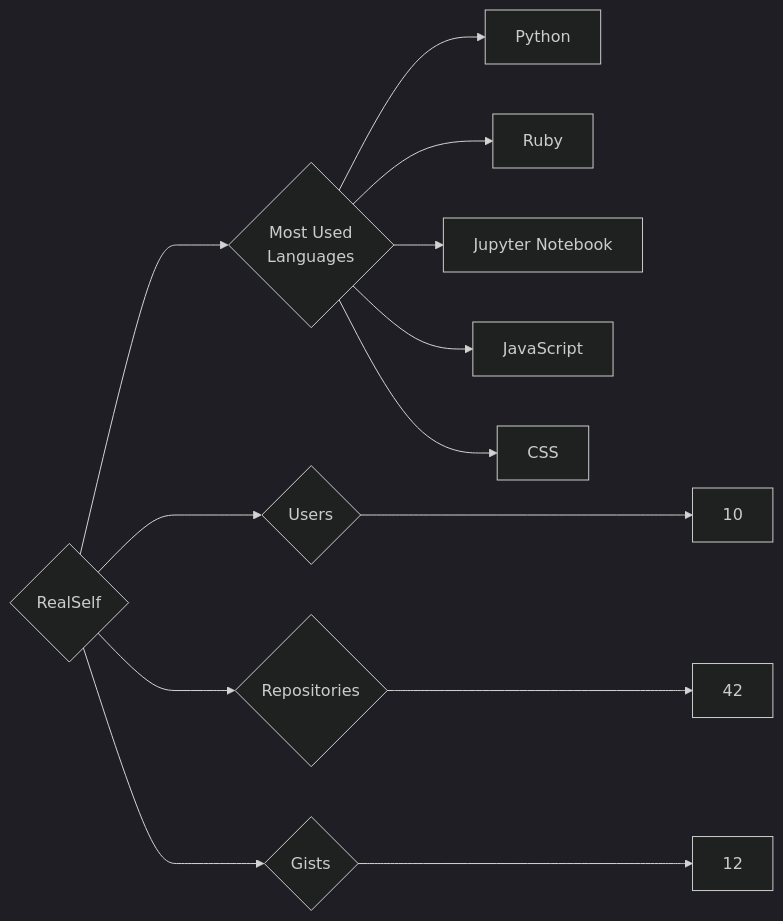
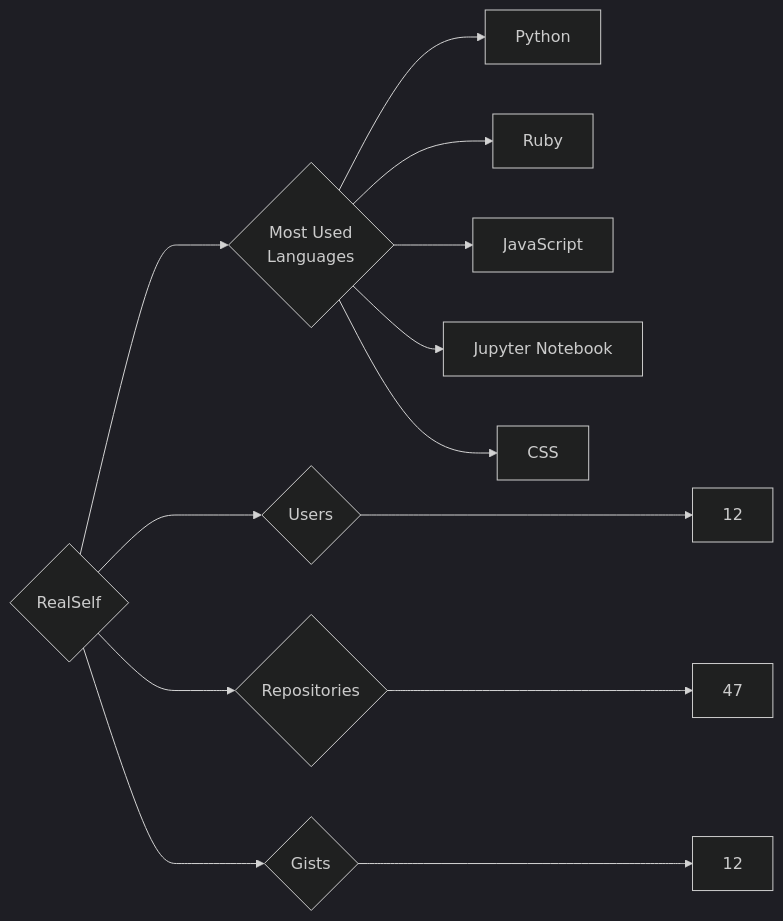
Before and after one commit to trickest/insiders: the diagram in targets/RealSelf/README.md, drawn with Mermaid (dark theme). The commit also changed 1011 other files, not shown here.

````diff
--- a/targets/RealSelf/README.md
+++ b/targets/RealSelf/README.md
@@ -3,13 +3,13 @@
 ```mermaid
 graph LR
 COMPANY_NAME{RealSelf}
-COMPANY_NAME ---> U{Users} ---> UN[10]
-COMPANY_NAME ---> R{Repositories} ---> RN[42]
+COMPANY_NAME ---> U{Users} ---> UN[12]
+COMPANY_NAME ---> R{Repositories} ---> RN[47]
 COMPANY_NAME ---> G{Gists} ---> GN[12]
 COMPANY_NAME ---> ML{Most Used<br>Languages}
 ML --> Python[Python]
 ML --> Ruby[Ruby]
+ML --> JavaScript[JavaScript]
 ML --> Jupyter_Notebook[Jupyter Notebook]
-ML --> JavaScript[JavaScript]
 ML --> CSS[CSS]
 ```
````
